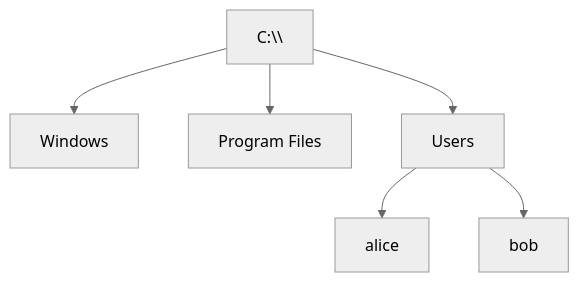
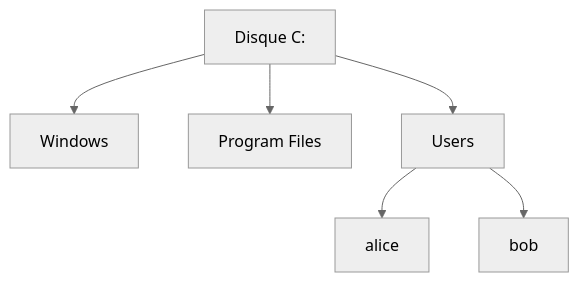
Before and after one commit to YahnLP/bts1-sio-sisr-bloc2: the diagram in docs/phase-1-fondamentaux/S02-systeme-comptes-ntfs/01-cours.md, drawn with Mermaid (neutral theme). The commit also changed other lines of this file and 52 other files, not shown here.

````diff
--- a/docs/phase-1-fondamentaux/S02-systeme-comptes-ntfs/01-cours.md
+++ b/docs/phase-1-fondamentaux/S02-systeme-comptes-ntfs/01-cours.md
@@ -50,8 +64,8 @@
 ```mermaid
 flowchart TB
-    C["C:\\"] --> W[Windows]
+    C["Disque C:"] --> W[Windows]
     C --> PF[Program Files]
     C --> U[Users]
     U --> A[alice]
     U --> B[bob]
 ```
````
